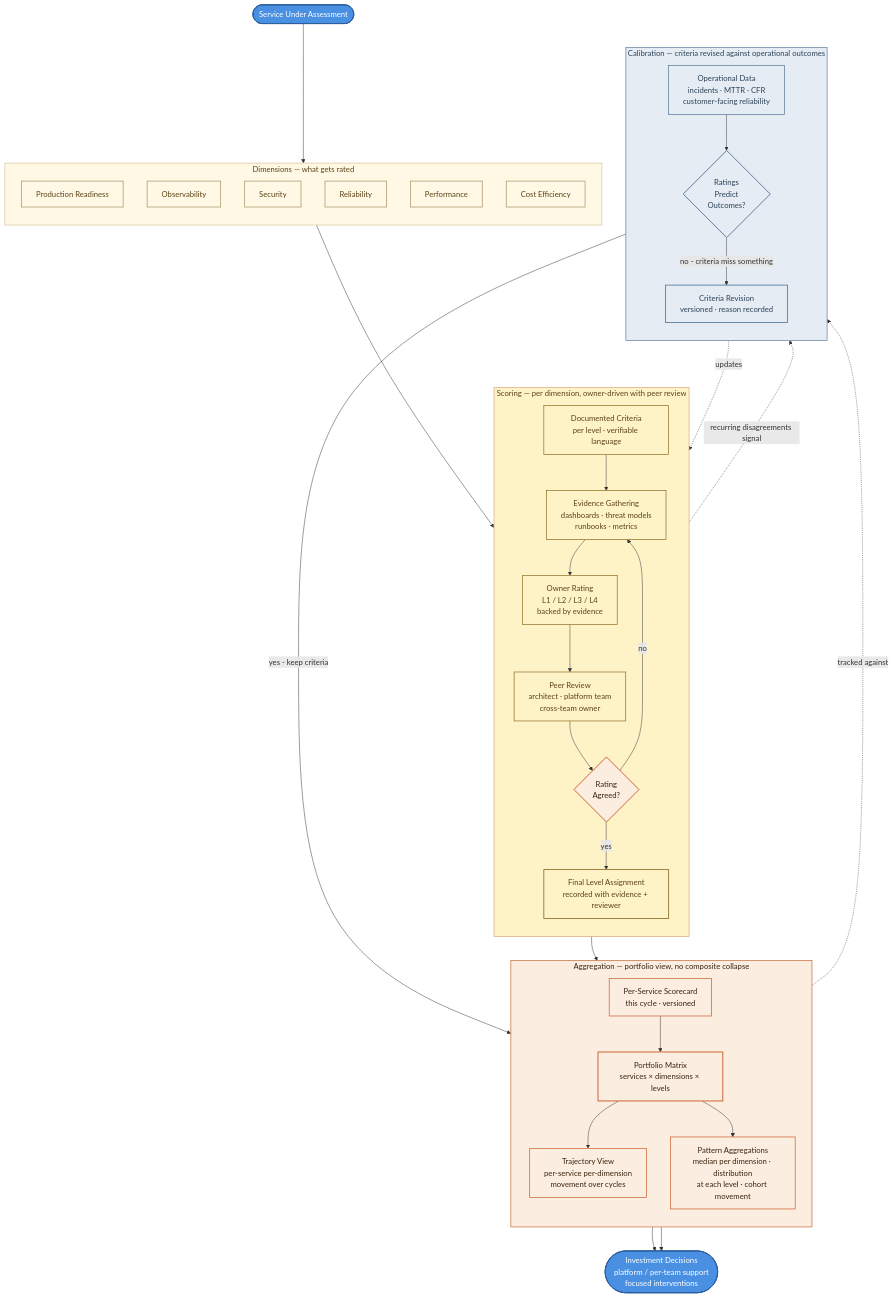
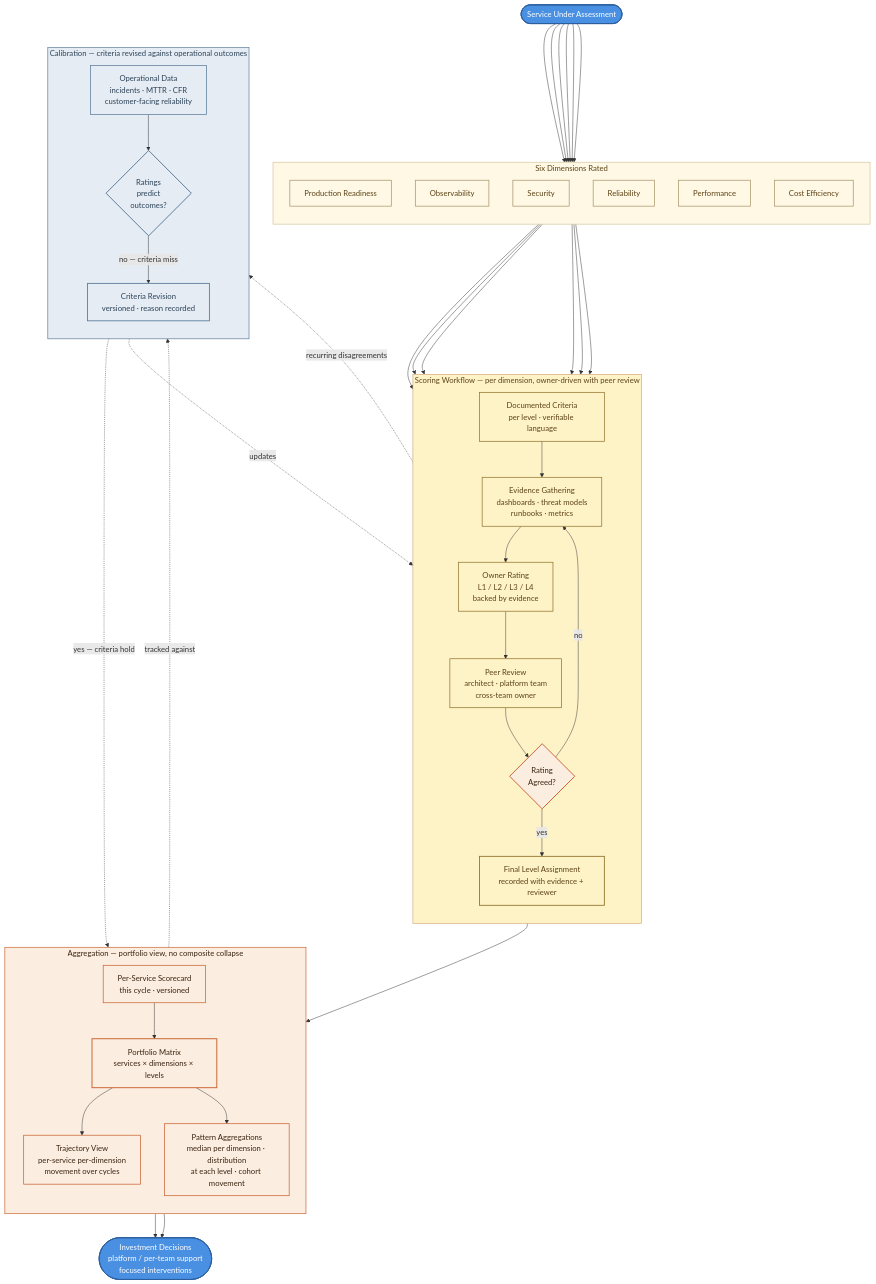
The diagram in content/templates/scorecard-template/diagram.mmd (AscendionPlatformEngineering/knowledge-library), drawn with Mermaid before and after one commit. The commit also changed 2 other files, not shown here.

Commit message:
fix(v36): correct mermaid syntax for templates diagrams (state descriptions, enum arrows, subgraph targets)

```diff
--- a/content/templates/scorecard-template/diagram.mmd
+++ b/content/templates/scorecard-template/diagram.mmd
@@ -1,111 +1,112 @@
 flowchart TB
 
-    %% ─── Service Input ───
+    %% ─── Service input ───
     SVC([Service Under Assessment])
 
-    %% ─── Dimensions ───
-    subgraph DIMENSIONS [Dimensions &mdash; what gets rated]
+    %% ─── Dimensions cluster ───
+    subgraph DIM [Six Dimensions Rated]
         direction TB
         D_PR[Production Readiness]
         D_OBS[Observability]
         D_SEC[Security]
         D_REL[Reliability]
         D_PERF[Performance]
         D_COST[Cost Efficiency]
     end
 
-    %% ─── Scoring (per dimension) ───
-    subgraph SCORING [Scoring &mdash; per dimension, owner-driven with peer review]
+    %% ─── Scoring cluster ───
+    subgraph SCORING [Scoring Workflow &mdash; per dimension, owner-driven with peer review]
         direction TB
         CRIT[Documented Criteria<br/>per level &middot; verifiable language]
         EVIDENCE[Evidence Gathering<br/>dashboards &middot; threat models<br/>runbooks &middot; metrics]
         OWNER_RATE[Owner Rating<br/>L1 / L2 / L3 / L4<br/>backed by evidence]
         PEER[Peer Review<br/>architect &middot; platform team<br/>cross-team owner]
         DISAGREE{Rating<br/>Agreed?}
         FINAL[Final Level Assignment<br/>recorded with evidence + reviewer]
+
+        CRIT --> EVIDENCE
+        EVIDENCE --> OWNER_RATE
+        OWNER_RATE --> PEER
+        PEER --> DISAGREE
+        DISAGREE -->|yes| FINAL
+        DISAGREE -->|no| EVIDENCE
     end
 
-    %% ─── Aggregation (portfolio view) ───
-    subgraph AGGREGATION [Aggregation &mdash; portfolio view, no composite collapse]
+    %% ─── Aggregation cluster ───
+    subgraph AGG [Aggregation &mdash; portfolio view, no composite collapse]
         direction TB
         SC_THIS[Per-Service Scorecard<br/>this cycle &middot; versioned]
         MATRIX[Portfolio Matrix<br/>services &times; dimensions &times; levels]
         TRAJ[Trajectory View<br/>per-service per-dimension<br/>movement over cycles]
         PATTERNS[Pattern Aggregations<br/>median per dimension &middot; distribution<br/>at each level &middot; cohort movement]
+
+        SC_THIS --> MATRIX
+        MATRIX --> TRAJ
+        MATRIX --> PATTERNS
     end
 
-    %% ─── Calibration (feedback loop) ───
-    subgraph CALIBRATION [Calibration &mdash; criteria revised against operational outcomes]
+    %% ─── Calibration cluster ───
+    subgraph CAL [Calibration &mdash; criteria revised against operational outcomes]
         direction TB
         OPS_DATA[Operational Data<br/>incidents &middot; MTTR &middot; CFR<br/>customer-facing reliability]
-        DIVERGE{Ratings<br/>Predict<br/>Outcomes?}
+        DIVERGE{Ratings<br/>predict<br/>outcomes?}
         REVISE[Criteria Revision<br/>versioned &middot; reason recorded]
+
+        OPS_DATA --> DIVERGE
+        DIVERGE -->|no &mdash; criteria miss| REVISE
     end
 
-    %% ─── Investment Decisions ───
+    %% ─── Outcome ───
     DECISIONS([Investment Decisions<br/>platform / per-team support<br/>focused interventions])
 
-    %% ─── Flow ───
-    SVC --> DIMENSIONS
-    DIMENSIONS --> SCORING
+    %% ─── Cross-cluster edges (specific nodes only — never subgraph names) ───
+    SVC --> D_PR & D_OBS & D_SEC & D_REL & D_PERF & D_COST
+    D_PR & D_OBS & D_SEC & D_REL & D_PERF & D_COST --> CRIT
 
-    CRIT --> EVIDENCE
-    EVIDENCE --> OWNER_RATE
-    OWNER_RATE --> PEER
-    PEER --> DISAGREE
-    DISAGREE -->|yes| FINAL
-    DISAGREE -->|no| EVIDENCE
-    FINAL --> SC_THIS
+    FINAL    --> SC_THIS
 
-    SC_THIS --> MATRIX
-    MATRIX --> TRAJ
-    MATRIX --> PATTERNS
-    TRAJ --> DECISIONS
+    TRAJ     --> DECISIONS
     PATTERNS --> DECISIONS
 
-    %% Calibration loop
-    SC_THIS -.tracked against.-> OPS_DATA
-    OPS_DATA --> DIVERGE
-    DIVERGE -->|yes - keep criteria| MATRIX
-    DIVERGE -->|no - criteria miss something| REVISE
-    REVISE -.updates.-> CRIT
-
-    %% Disagreement feedback
-    DISAGREE -.recurring disagreements signal.-> REVISE
+    %% ─── Calibration loop edges ───
+    SC_THIS  -.tracked against.->        OPS_DATA
+    DIVERGE  -.yes &mdash; criteria hold.-> MATRIX
+    REVISE   -.updates.->                CRIT
+    DISAGREE -.recurring disagreements.-> REVISE
 
     %% ─── Node styles ───
     style SVC       fill:#4A90E2,stroke:#2C5F9E,stroke-width:2px,color:#FFFFFF
     style DECISIONS fill:#4A90E2,stroke:#2C5F9E,stroke-width:2px,color:#FFFFFF
 
     %% Dimensions (palest tier — what gets rated)
     style D_PR    fill:#FEF8E5,stroke:#A8956A,stroke-width:1.5px,color:#5C4316
     style D_OBS   fill:#FEF8E5,stroke:#A8956A,stroke-width:1.5px,color:#5C4316
     style D_SEC   fill:#FEF8E5,stroke:#A8956A,stroke-width:1.5px,color:#5C4316
     style D_REL   fill:#FEF8E5,stroke:#A8956A,stroke-width:1.5px,color:#5C4316
     style D_PERF  fill:#FEF8E5,stroke:#A8956A,stroke-width:1.5px,color:#5C4316
     style D_COST  fill:#FEF8E5,stroke:#A8956A,stroke-width:1.5px,color:#5C4316
 
     %% Scoring (mid amber — process)
     style CRIT       fill:#FEF3C7,stroke:#92722C,stroke-width:1.5px,color:#5C4316
     style EVIDENCE   fill:#FEF3C7,stroke:#92722C,stroke-width:1.5px,color:#5C4316
     style OWNER_RATE fill:#FEF3C7,stroke:#92722C,stroke-width:1.5px,color:#5C4316
     style PEER       fill:#FEF3C7,stroke:#92722C,stroke-width:1.5px,color:#5C4316
     style DISAGREE   fill:#FBEDE0,stroke:#C96330,stroke-width:2px,color:#3A2410
     style FINAL      fill:#FEF3C7,stroke:#92722C,stroke-width:1.8px,color:#5C4316
 
     %% Aggregation (warm — output)
     style SC_THIS  fill:#FBEDE0,stroke:#C96330,stroke-width:1.5px,color:#3A2410
     style MATRIX   fill:#FBEDE0,stroke:#C96330,stroke-width:2px,color:#3A2410
     style TRAJ     fill:#FBEDE0,stroke:#C96330,stroke-width:1.5px,color:#3A2410
     style PATTERNS fill:#FBEDE0,stroke:#C96330,stroke-width:1.5px,color:#3A2410
 
     %% Calibration (cooler tones — feedback)
     style OPS_DATA fill:#E5ECF3,stroke:#5A7A9A,stroke-width:1.5px,color:#2C4258
     style DIVERGE  fill:#E5ECF3,stroke:#5A7A9A,stroke-width:2px,color:#2C4258
     style REVISE   fill:#E5ECF3,stroke:#5A7A9A,stroke-width:1.8px,color:#2C4258
 
     %% ─── Cluster styles ───
-    style DIMENSIONS  fill:#FEF8E5,stroke:#D4C599,stroke-width:1.4px,color:#5C4316
-    style SCORING     fill:#FEF3C7,stroke:#D4A87A,stroke-width:1.4px,color:#5C4316
-    style AGGREGATION fill:#FBEDE0,stroke:#C96330,stroke-width:1.4px,color:#3A2410
-    style CALIBRATION fill:#E5ECF3,stroke:#5A7A9A,stroke-width:1.4px,color:#2C4258
+    style DIM     fill:#FEF8E5,stroke:#D4C599,stroke-width:1.4px,color:#5C4316
+    style SCORING fill:#FEF3C7,stroke:#D4A87A,stroke-width:1.4px,color:#5C4316
+    style AGG     fill:#FBEDE0,stroke:#C96330,stroke-width:1.4px,color:#3A2410
+    style CAL     fill:#E5ECF3,stroke:#5A7A9A,stroke-width:1.4px,color:#2C4258
```
